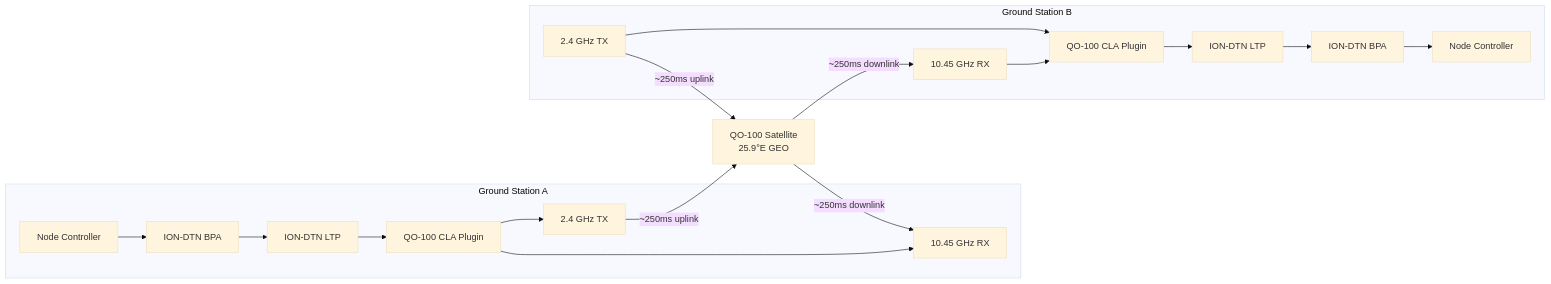
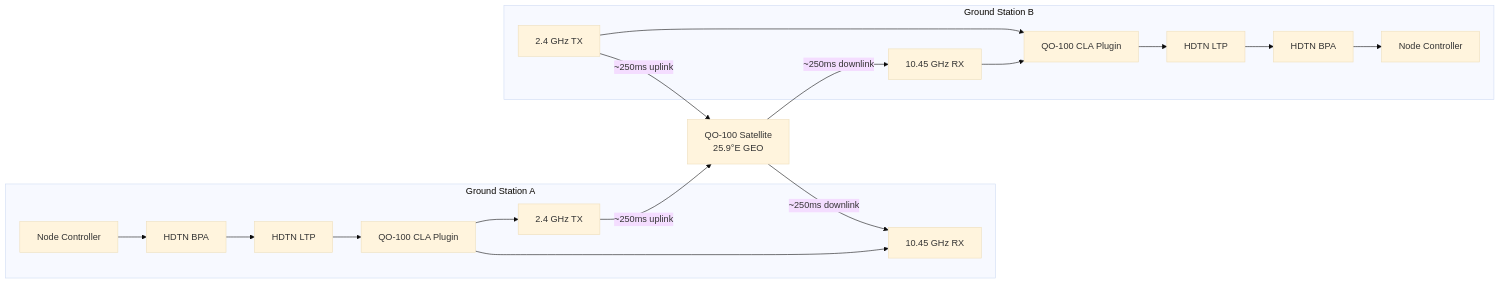
The second of 2 diagrams in docs/qo-100-geo-satellite-dtn/design.md (g4dpz/cislunar_proposal), drawn with Mermaid (base theme) before and after one commit. The commit also changed other lines of this file and 18 other files, not shown here.

Commit message:
Migrate from ION-DTN to HDTN across all specs and website

````diff
--- a/docs/qo-100-geo-satellite-dtn/design.md
+++ b/docs/qo-100-geo-satellite-dtn/design.md
@@ -82,24 +82,24 @@
 ```mermaid
 graph LR
     subgraph "Ground Station A"
-        A_NC[Node Controller] --> A_BPA[ION-DTN BPA]
-        A_BPA --> A_LTP[ION-DTN LTP]
+        A_NC[Node Controller] --> A_BPA[HDTN BPA]
+        A_BPA --> A_LTP[HDTN LTP]
         A_LTP --> A_CLA[QO-100 CLA Plugin]
         A_CLA --> A_TX[2.4 GHz TX]
         A_CLA --> A_RX[10.45 GHz RX]
     end
 
     A_TX -->|"~250ms uplink"| SAT[QO-100 Satellite<br/>25.9°E GEO]
     SAT -->|"~250ms downlink"| B_RX
 
     subgraph "Ground Station B"
         B_RX[10.45 GHz RX] --> B_CLA[QO-100 CLA Plugin]
         B_TX[2.4 GHz TX] --> B_CLA
-        B_CLA --> B_LTP[ION-DTN LTP]
-        B_LTP --> B_BPA[ION-DTN BPA]
+        B_CLA --> B_LTP[HDTN LTP]
+        B_LTP --> B_BPA[HDTN BPA]
         B_BPA --> B_NC[Node Controller]
     end
 
     B_TX -->|"~250ms uplink"| SAT
     SAT -->|"~250ms downlink"| A_RX
 ```
````
